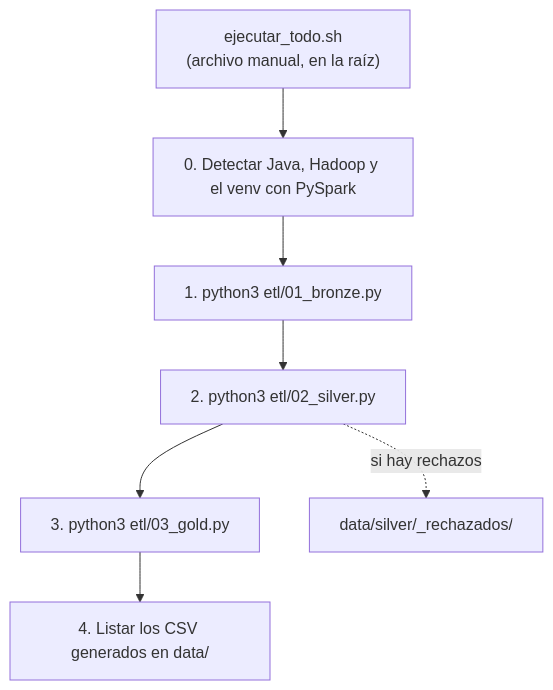
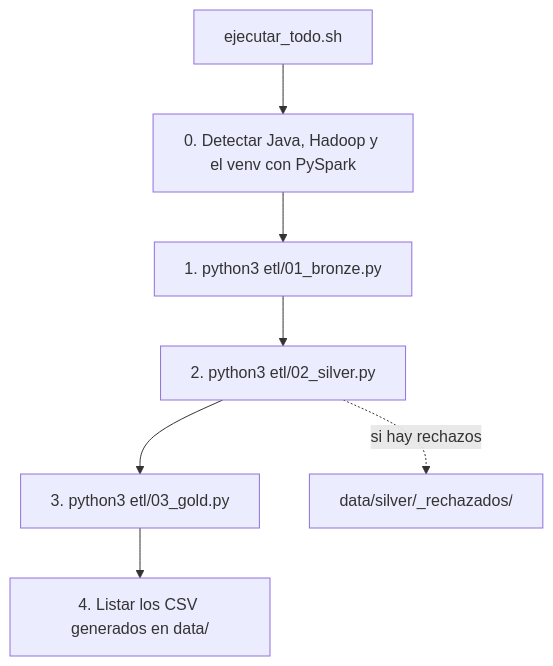
Before and after one commit to porrasgp/bigdata-openlibrary: the second of 5 diagrams in docs/flujo.md, drawn with Mermaid. The commit also changed other lines of this file and 23 other files, not shown here.

````diff
--- a/docs/flujo.md
+++ b/docs/flujo.md
@@ -21,9 +25,9 @@
 ```mermaid
 flowchart TD
-    S["ejecutar_todo.sh<br/>(archivo manual, en la raíz)"] --> E["0. Detectar Java, Hadoop y el venv con PySpark"]
+    S["ejecutar_todo.sh"] --> E["0. Detectar Java, Hadoop y el venv con PySpark"]
     E --> B["1. python3 etl/01_bronze.py"]
     B --> V["2. python3 etl/02_silver.py"]
     V --> G["3. python3 etl/03_gold.py"]
     G --> R["4. Listar los CSV generados en data/"]
     V -.si hay rechazos.-> D["data/silver/_rechazados/"]
 ```
````
